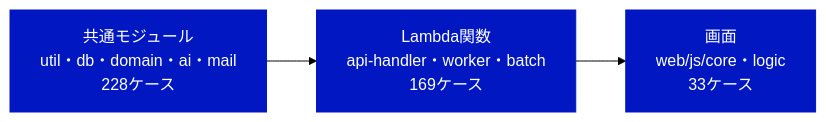
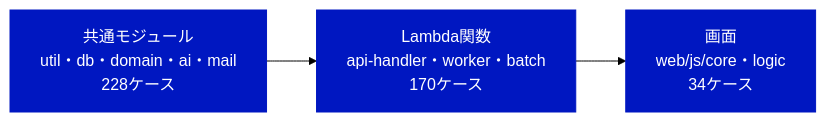
The first of 3 diagrams in documents/モジュールテスト結果報告書_RPG学習アプリ.md (pocarialice/rpglearning), drawn with Mermaid (forest theme) before and after one commit. The commit also changed other lines of this file and 1 other file, not shown here.

````diff
--- a/documents/モジュールテスト結果報告書_RPG学習アプリ.md
+++ b/documents/モジュールテスト結果報告書_RPG学習アプリ.md
@@ -23,7 +23,7 @@
 ```mermaid
 flowchart LR
-  A["共通モジュール<br>util・db・domain・ai・mail<br>228ケース"]:::done --> B["Lambda関数<br>api-handler・worker・batch<br>169ケース"]:::done
-  B --> C["画面<br>web/js/core・logic<br>33ケース"]:::done
+  A["共通モジュール<br>util・db・domain・ai・mail<br>228ケース"]:::done --> B["Lambda関数<br>api-handler・worker・batch<br>170ケース"]:::done
+  B --> C["画面<br>web/js/core・logic<br>34ケース"]:::done
   classDef done fill:#0017C1,color:#fff,stroke:#0017C1
   classDef todo fill:#fff,color:#414141,stroke:#B4B4B4,stroke-dasharray:4 3
 ```
````
